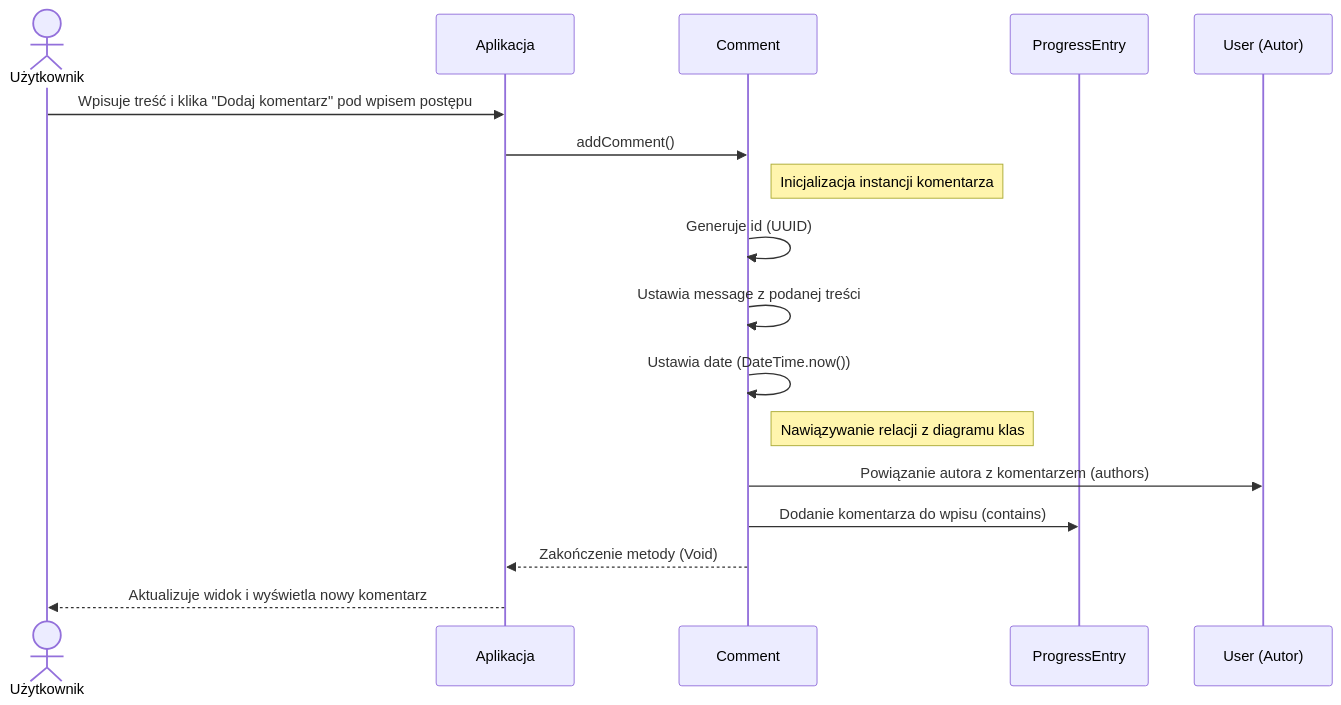
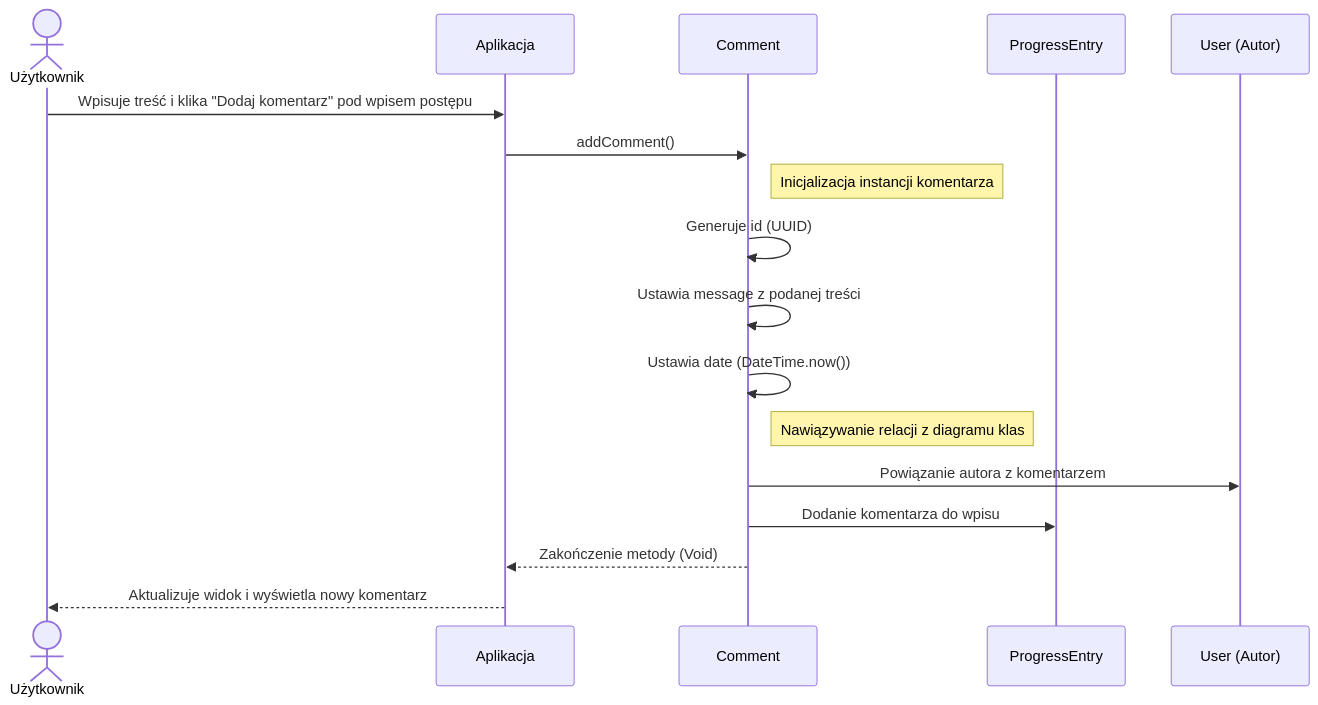
One commit to Tarnuchy/EggJob changed the diagram in docs/zadanie4/diagram-sekwencji-dodawanie-komentarza.md. Above: the diagram before and after it, drawn with Mermaid. The commit also changed 1 other file, not shown here.

Commit message:
asjodoasjid

````diff
--- a/docs/zadanie4/diagram-sekwencji-dodawanie-komentarza.md
+++ b/docs/zadanie4/diagram-sekwencji-dodawanie-komentarza.md
@@ -3,23 +3,23 @@
 ```mermaid
 sequenceDiagram
     actor U as Użytkownik
     participant UI as Aplikacja
     participant Com as Comment
     participant PE as ProgressEntry
     participant Usr as User (Autor)
 
     U->>UI: Wpisuje treść i klika "Dodaj komentarz" pod wpisem postępu
     UI->>Com: addComment()
 
     note right of Com: Inicjalizacja instancji komentarza
     Com->>Com: Generuje id (UUID)
     Com->>Com: Ustawia message z podanej treści
     Com->>Com: Ustawia date (DateTime.now())
 
     note right of Com: Nawiązywanie relacji z diagramu klas
-    Com->>Usr: Powiązanie autora z komentarzem (authors)
-    Com->>PE: Dodanie komentarza do wpisu (contains)
+    Com->>Usr: Powiązanie autora z komentarzem
+    Com->>PE: Dodanie komentarza do wpisu
 
     Com-->>UI: Zakończenie metody (Void)
     UI-->>U: Aktualizuje widok i wyświetla nowy komentarz
 ```
````
